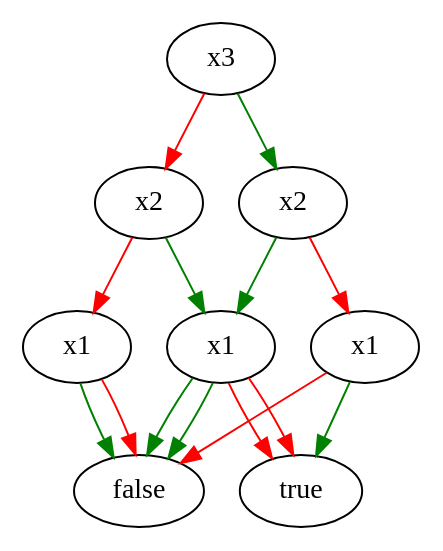
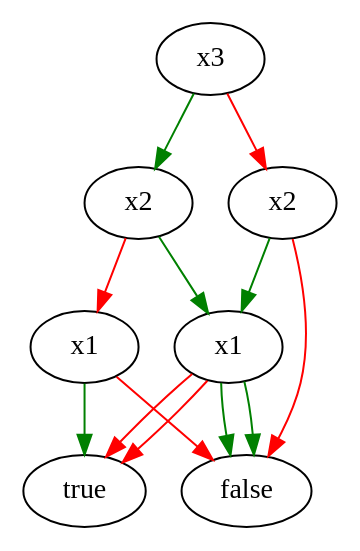
The diagram in Test.dot (aboubacardiawara/algav-project), drawn with Graphviz before and after one commit. The commit also changed 6 other files, not shown here.

```diff
--- a/Test.dot
+++ b/Test.dot
@@ -1,32 +1,28 @@
 digraph{
-Ptr0x129e06e20 [label="x3" ] 
-Ptr0x129e06e90 [label="x2" ] 
-Ptr0x129e06f00 [label="x1" ] 
-Ptr0x129e06f50 [label="false" ] 
-Ptr0x129e06f90 [label="true" ] 
-Ptr0x129e06f00 -> Ptr0x129e06f50 [color="green"]
-Ptr0x129e06f00 -> Ptr0x129e06f90 [color="red"]
-Ptr0x129e06fd0 [label="x1" ] 
-Ptr0x129e06f90 [label="true" ] 
-Ptr0x129e06f50 [label="false" ] 
-Ptr0x129e06fd0 -> Ptr0x129e06f90 [color="green"]
-Ptr0x129e06fd0 -> Ptr0x129e06f50 [color="red"]
-Ptr0x129e06e90 -> Ptr0x129e06f00 [color="green"]
-Ptr0x129e06e90 -> Ptr0x129e06fd0 [color="red"]
-Ptr0x129e070a0 [label="x2" ] 
-Ptr0x129e06f00 [label="x1" ] 
-Ptr0x129e06f50 [label="false" ] 
-Ptr0x129e06f90 [label="true" ] 
-Ptr0x129e06f00 -> Ptr0x129e06f50 [color="green"]
-Ptr0x129e06f00 -> Ptr0x129e06f90 [color="red"]
-Ptr0x129e071c0 [label="x1" ] 
-Ptr0x129e06f50 [label="false" ] 
-Ptr0x129e06f50 [label="false" ] 
-Ptr0x129e071c0 -> Ptr0x129e06f50 [color="green"]
-Ptr0x129e071c0 -> Ptr0x129e06f50 [color="red"]
-Ptr0x129e070a0 -> Ptr0x129e06f00 [color="green"]
-Ptr0x129e070a0 -> Ptr0x129e071c0 [color="red"]
-Ptr0x129e06e20 -> Ptr0x129e06e90 [color="green"]
-Ptr0x129e06e20 -> Ptr0x129e070a0 [color="red"]
+Ptr0x144606e20 [label="x3" ] 
+Ptr0x144606e90 [label="x2" ] 
+Ptr0x144606f00 [label="x1" ] 
+Ptr0x144606f50 [label="false" ] 
+Ptr0x144606f90 [label="true" ] 
+Ptr0x144606f00 -> Ptr0x144606f50 [color="green"]
+Ptr0x144606f00 -> Ptr0x144606f90 [color="red"]
+Ptr0x144606fd0 [label="x1" ] 
+Ptr0x144606f90 [label="true" ] 
+Ptr0x144606f50 [label="false" ] 
+Ptr0x144606fd0 -> Ptr0x144606f90 [color="green"]
+Ptr0x144606fd0 -> Ptr0x144606f50 [color="red"]
+Ptr0x144606e90 -> Ptr0x144606f00 [color="green"]
+Ptr0x144606e90 -> Ptr0x144606fd0 [color="red"]
+Ptr0x1446070a0 [label="x2" ] 
+Ptr0x144606f00 [label="x1" ] 
+Ptr0x144606f50 [label="false" ] 
+Ptr0x144606f90 [label="true" ] 
+Ptr0x144606f00 -> Ptr0x144606f50 [color="green"]
+Ptr0x144606f00 -> Ptr0x144606f90 [color="red"]
+Ptr0x144606f50 [label="false" ] 
+Ptr0x1446070a0 -> Ptr0x144606f00 [color="green"]
+Ptr0x1446070a0 -> Ptr0x144606f50 [color="red"]
+Ptr0x144606e20 -> Ptr0x144606e90 [color="green"]
+Ptr0x144606e20 -> Ptr0x1446070a0 [color="red"]
 
 }
```
